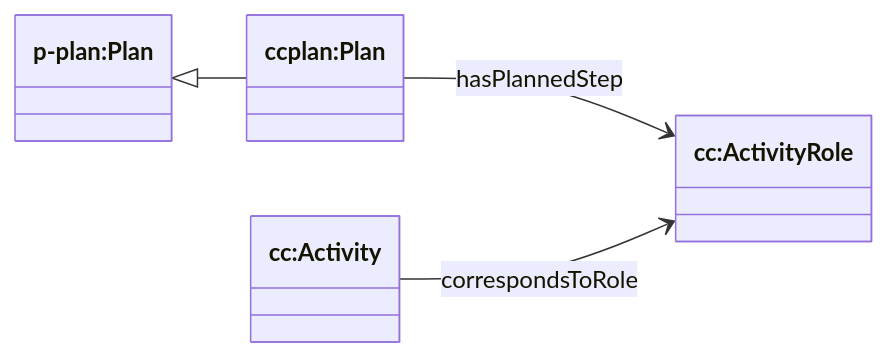
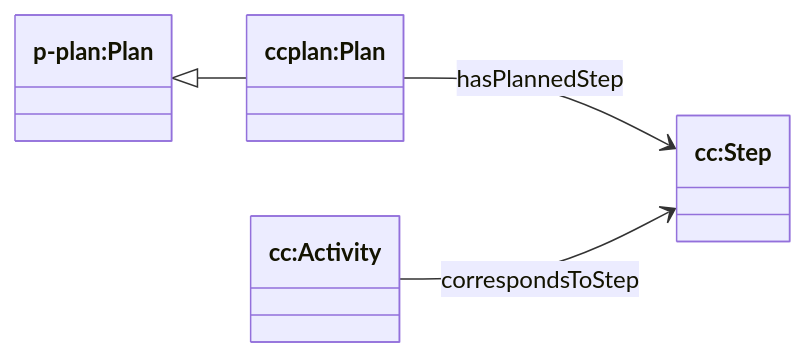
The diagram in packages/churchcore-ontology/docs/ontology/planning.md (RichCanvas3/churchcore), drawn with Mermaid before and after one commit. The commit also changed other lines of this file and 12 other files, not shown here.

Commit message:
changed ActivityRole to Step

````diff
--- a/packages/churchcore-ontology/docs/ontology/planning.md
+++ b/packages/churchcore-ontology/docs/ontology/planning.md
@@ -16,13 +16,13 @@
 ```mermaid
 classDiagram
 direction LR
 
 class pplan_Plan["p-plan:Plan"]
 class ccplan_Plan["ccplan:Plan"]
-class cc_ActivityRole["cc:ActivityRole"]
+class cc_Step["cc:Step"]
 class cc_Activity["cc:Activity"]
 
 pplan_Plan <|-- ccplan_Plan
-ccplan_Plan --> cc_ActivityRole : hasPlannedStep
-cc_Activity --> cc_ActivityRole : correspondsToRole
+ccplan_Plan --> cc_Step : hasPlannedStep
+cc_Activity --> cc_Step : correspondsToStep
 ```
````
